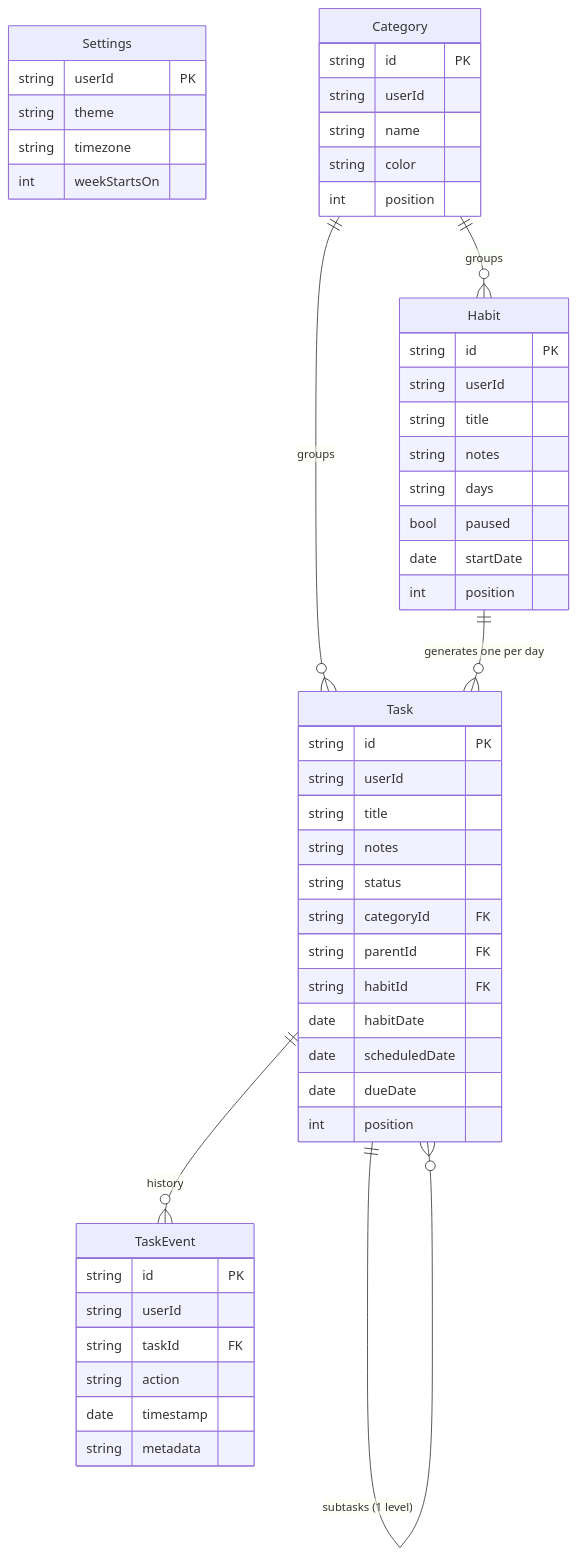
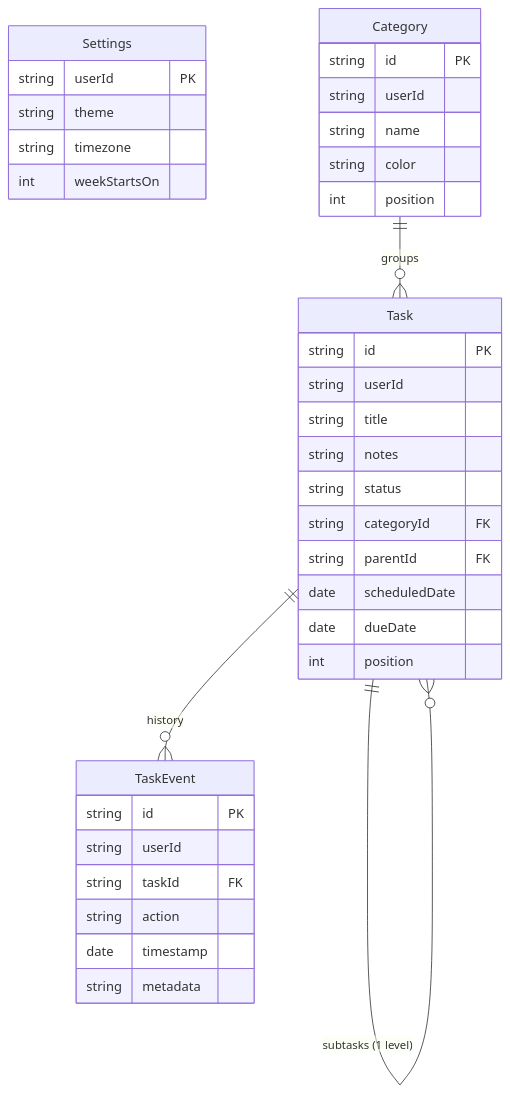
The second of 2 diagrams in docs/project-context.md (mahmoud-ath/Kairos), drawn with Mermaid before and after one commit. The commit also changed other lines of this file and 33 other files, not shown here.

First line of the commit message:
Refactor task handling: remove habit instances, update settings and backup services

````diff
--- a/docs/project-context.md
+++ b/docs/project-context.md
@@ -140,53 +138,39 @@
 ```mermaid
 erDiagram
   Settings {
     string userId PK
     string theme
     string timezone
     int    weekStartsOn
   }
   Category {
     string id PK
     string userId
     string name
     string color
     int    position
   }
   Task {
     string id PK
     string userId
     string title
     string notes
     string status
     string categoryId FK
     string parentId FK
-    string habitId FK
-    date   habitDate
     date   scheduledDate
     date   dueDate
-    int    position
-  }
-  Habit {
-    string id PK
-    string userId
-    string title
-    string notes
-    string days
-    bool   paused
-    date   startDate
     int    position
   }
   TaskEvent {
     string id PK
     string userId
     string taskId FK
     string action
     date   timestamp
     string metadata
   }
   Category ||--o{ Task : "groups"
-  Category ||--o{ Habit : "groups"
-  Habit    ||--o{ Task : "generates one per day"
   Task     ||--o{ Task : "subtasks (1 level)"
   Task     ||--o{ TaskEvent : "history"
 ```
````
